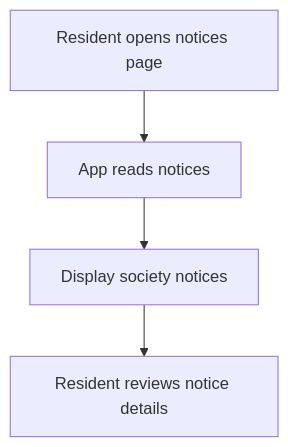
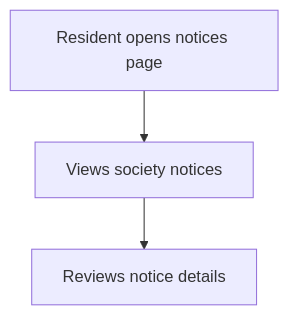
One commit to painful-bug/MAY2026-Team-035 changed the ninth of 20 diagrams in implemented_flows.md. Above: the diagram before and after it, drawn with Mermaid. The commit also changed other lines of this file, not shown here.

First line of the commit message:
Simplify flow documentation

````diff
--- a/implemented_flows.md
+++ b/implemented_flows.md
@@ -195,6 +101,5 @@
 ```mermaid
 flowchart TD
-  A[Resident opens notices page] --> B[App reads notices]
-  B --> C[Display society notices]
-  C --> D[Resident reviews notice details]
+  A[Resident opens notices page] --> B[Views society notices]
+  B --> C[Reviews notice details]
 ```
````
